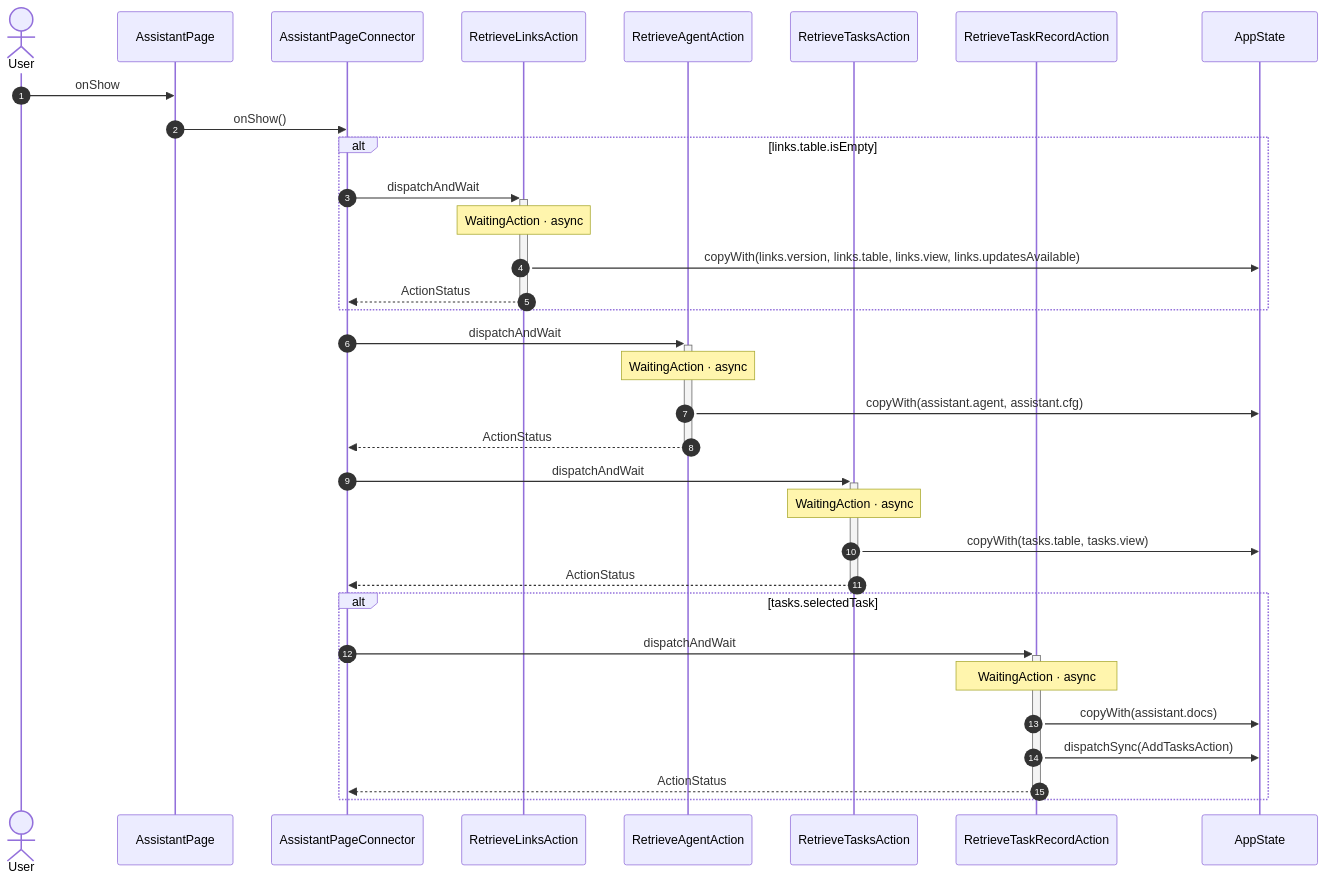
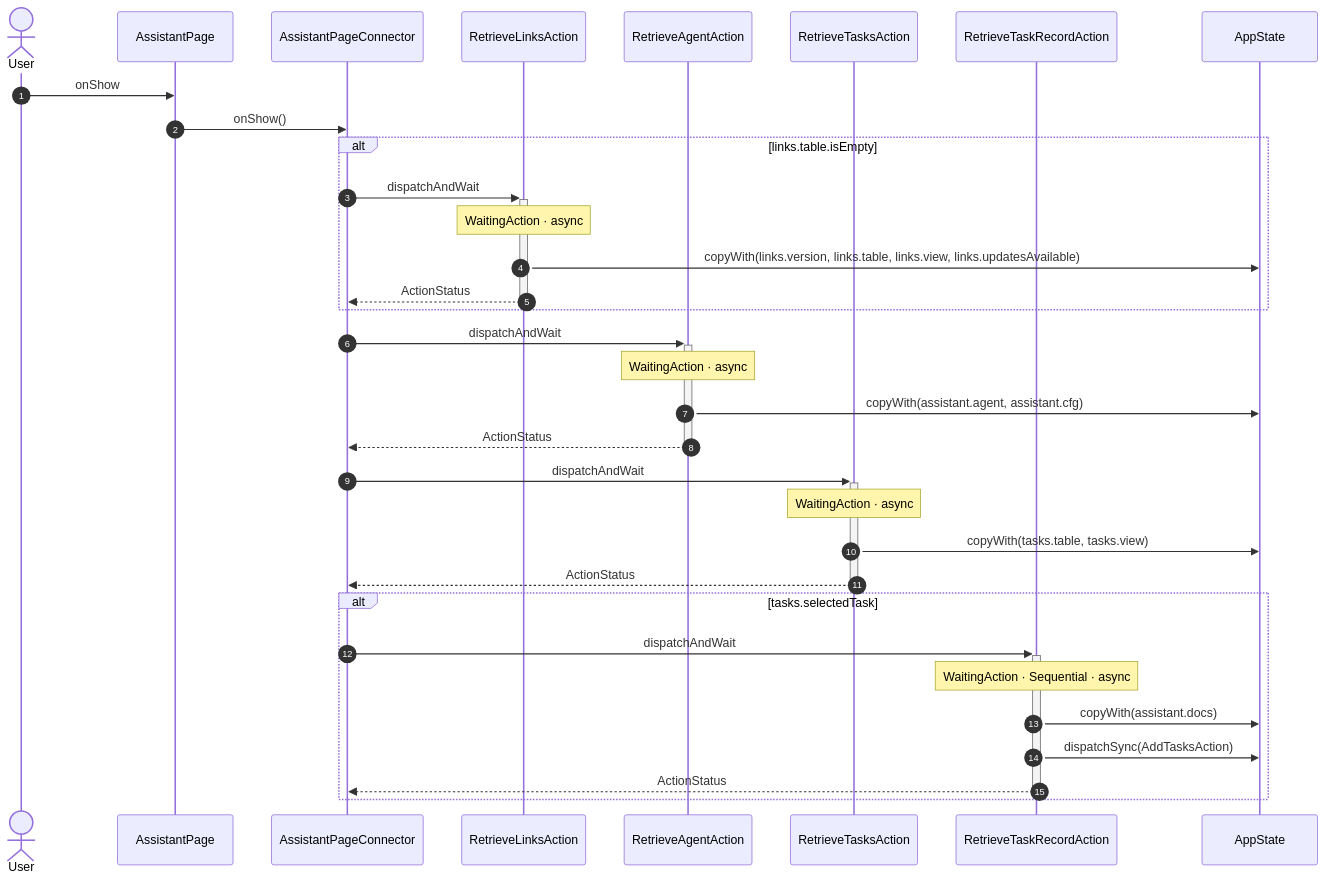
The first of 8 diagrams in studio/docs/flows/assistant.md (gencto/wyrm), drawn with Mermaid before and after one commit. The commit also changed other lines of this file and 3 other files, not shown here.

````diff
--- a/studio/docs/flows/assistant.md
+++ b/studio/docs/flows/assistant.md
@@ -9,36 +9,36 @@
 ```mermaid
 sequenceDiagram
     autonumber
     actor User
     participant UI as AssistantPage
     participant VM as AssistantPageConnector
     participant A1 as RetrieveLinksAction
     participant A2 as RetrieveAgentAction
     participant A3 as RetrieveTasksAction
     participant A4 as RetrieveTaskRecordAction
     participant ST as AppState
 
     User->>UI: onShow
     UI->>VM: onShow()
     alt links.table.isEmpty
         VM->>+A1: dispatchAndWait
         Note over A1: WaitingAction · async
         A1->>ST: copyWith(links.version, links.table, links.view, links.updatesAvailable)
         A1-->>-VM: ActionStatus
     end
     VM->>+A2: dispatchAndWait
     Note over A2: WaitingAction · async
     A2->>ST: copyWith(assistant.agent, assistant.cfg)
     A2-->>-VM: ActionStatus
     VM->>+A3: dispatchAndWait
     Note over A3: WaitingAction · async
     A3->>ST: copyWith(tasks.table, tasks.view)
     A3-->>-VM: ActionStatus
     alt tasks.selectedTask
         VM->>+A4: dispatchAndWait
-        Note over A4: WaitingAction · async
+        Note over A4: WaitingAction · Sequential · async
         A4->>ST: copyWith(assistant.docs)
         A4->>ST: dispatchSync(AddTasksAction)
         A4-->>-VM: ActionStatus
     end
 ```
````
